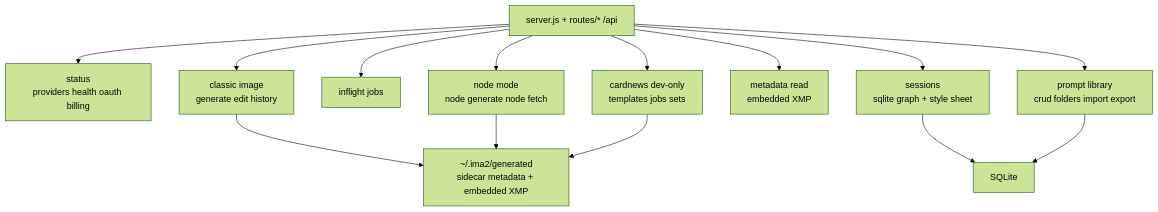
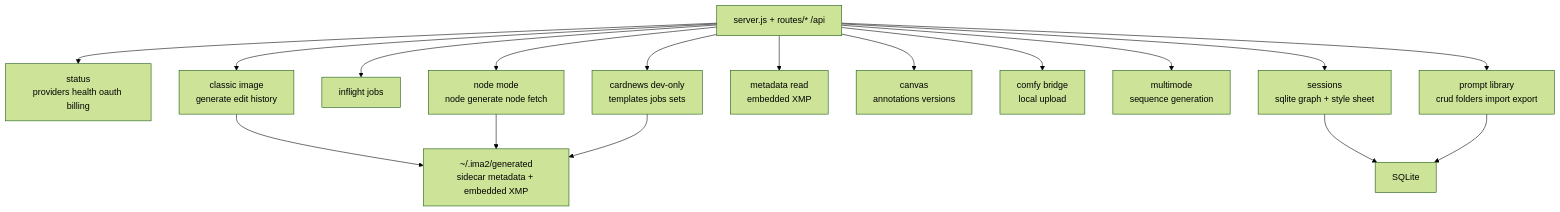
Before and after one commit to ChatPoongKun/ima2-gen: the diagram in structure/03-server-api.md, drawn with Mermaid (forest theme). The commit also changed other lines of this file and 113 other files, not shown here.

````diff
--- a/structure/03-server-api.md
+++ b/structure/03-server-api.md
@@ -19,16 +19,19 @@
 ```mermaid
 graph TD
     API["server.js + routes/* /api"] --> STATUS["status<br/>providers health oauth billing"]
     API --> IMG["classic image<br/>generate edit history"]
     API --> JOBS["inflight jobs"]
     API --> NODE["node mode<br/>node generate node fetch"]
     API --> SESS["sessions<br/>sqlite graph + style sheet"]
     API --> META["metadata read<br/>embedded XMP"]
+    API --> CANVAS["canvas<br/>annotations versions"]
+    API --> COMFY["comfy bridge<br/>local upload"]
+    API --> MULTI["multimode<br/>sequence generation"]
     API --> PROMPTS["prompt library<br/>crud folders import export"]
     API --> CARD["cardnews dev-only<br/>templates jobs sets"]
     IMG --> FILES["~/.ima2/generated<br/>sidecar metadata + embedded XMP"]
     NODE --> FILES
     SESS --> DB["SQLite"]
     PROMPTS --> DB
     CARD --> FILES
 ```
````
